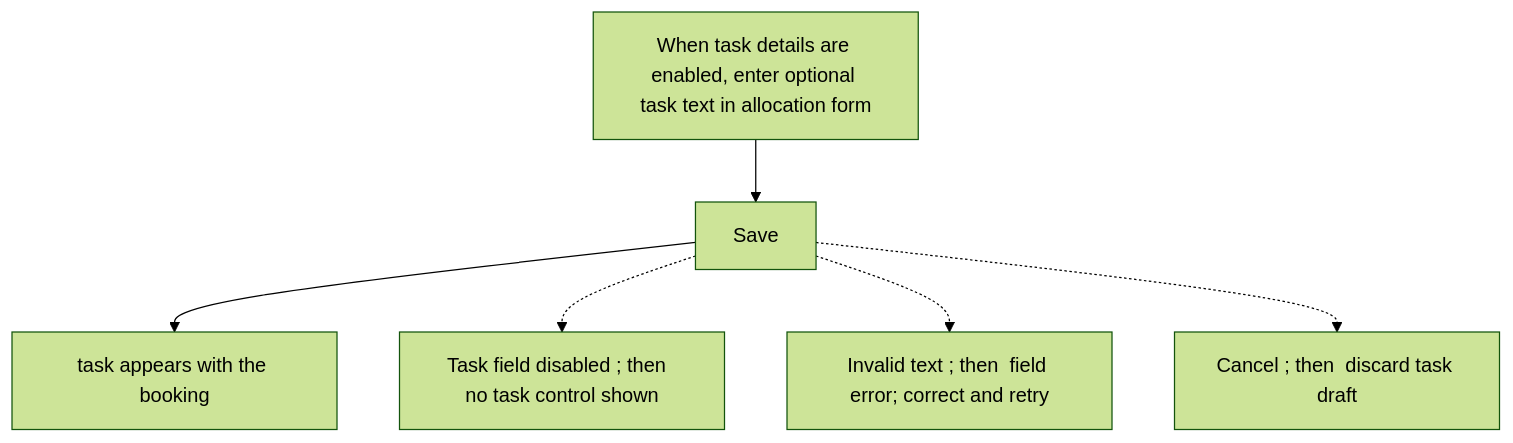
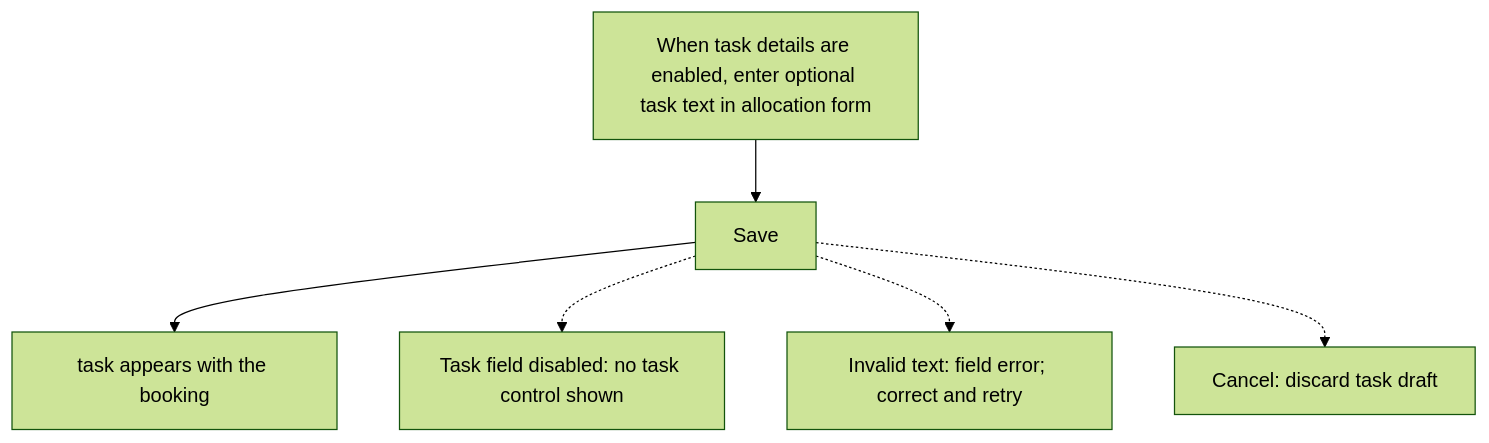
One commit to Kevinjohn/capacitylens changed the first of 2 diagrams in user-stories/allocation/US-ALL-10-task-field.md. Above: the diagram before and after it, drawn with Mermaid (forest theme). The commit also changed other lines of this file and 119 other files, not shown here.

First line of the commit message:
docs: correct story text and flow diagrams against current source

````diff
--- a/user-stories/allocation/US-ALL-10-task-field.md
+++ b/user-stories/allocation/US-ALL-10-task-field.md
@@ -19,14 +19,14 @@
 ```mermaid
 flowchart TD
   N1["When task details are enabled, enter optional task text in allocation form"]
   N2["Save"]
   N3["task appears with the booking"]
-  B1["Task field disabled ; then  no task control shown"]
-  B2["Invalid text ; then  field error; correct and retry"]
-  B3["Cancel ; then  discard task draft"]
+  B1["Task field disabled: no task control shown"]
+  B2["Invalid text: field error; correct and retry"]
+  B3["Cancel: discard task draft"]
   N1 --> N2
   N2 --> N3
   N2 -.-> B1
   N2 -.-> B2
   N2 -.-> B3
 ```
````
